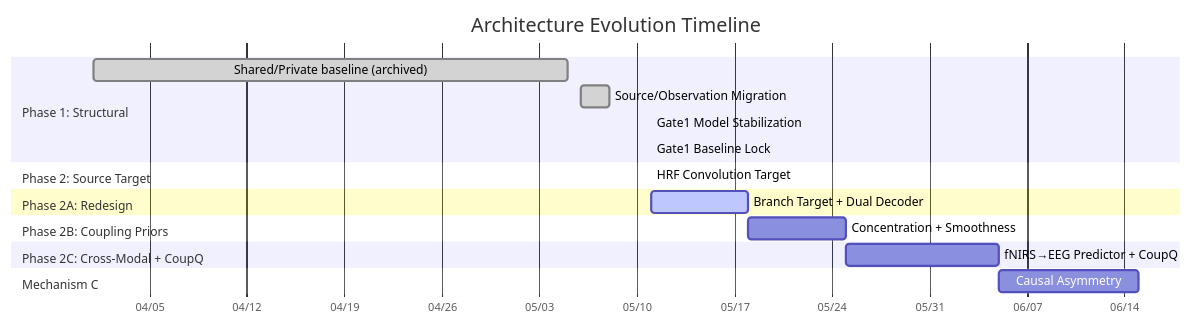
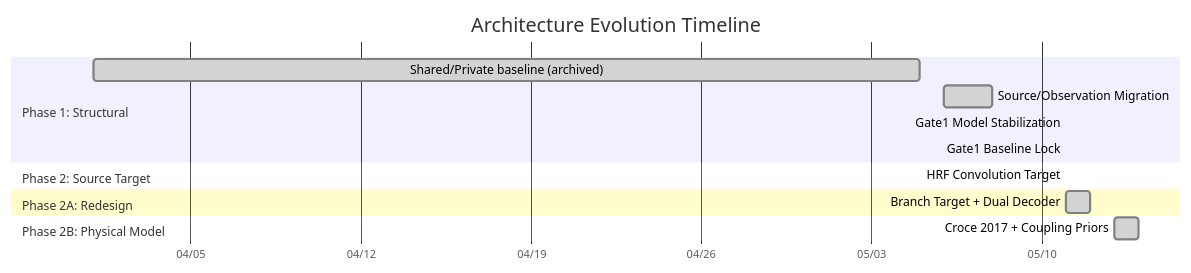
The diagram in docs/architecture_changelog/INDEX.md (Kevin65536/PID-MCM), drawn with Mermaid before and after one commit. The commit also changed other lines of this file and 7 other files, not shown here.

````diff
--- a/docs/architecture_changelog/INDEX.md
+++ b/docs/architecture_changelog/INDEX.md
@@ -11,21 +11,17 @@
 ```mermaid
 gantt
     title Architecture Evolution Timeline
     dateFormat  YYYY-MM-DD
     axisFormat  %m/%d
     section Phase 1: Structural
         Shared/Private baseline (archived) :done, 2026-04-01, 2026-05-05
         Source/Observation Migration      :done, 2026-05-06, 2026-05-08
         Gate1 Model Stabilization         :done, 2026-05-11, 2026-05-11
         Gate1 Baseline Lock               :done, 2026-05-11, 2026-05-11
     section Phase 2: Source Target
         HRF Convolution Target            :done, 2026-05-11, 2026-05-11
     section Phase 2A: Redesign
-        Branch Target + Dual Decoder     :active, 2026-05-11, 2026-05-18
-    section Phase 2B: Coupling Priors
-        Concentration + Smoothness       :      2026-05-18, 2026-05-25
-    section Phase 2C: Cross-Modal + CoupQ
-        fNIRS→EEG Predictor + CoupQ     :      2026-05-25, 2026-06-05
-    section Mechanism C
-        Causal Asymmetry                  :      2026-06-05, 2026-06-15
+        Branch Target + Dual Decoder      :done, 2026-05-11, 2026-05-12
+    section Phase 2B: Physical Model
+        Croce 2017 + Coupling Priors      :done, 2026-05-13, 2026-05-14
 ```
````
